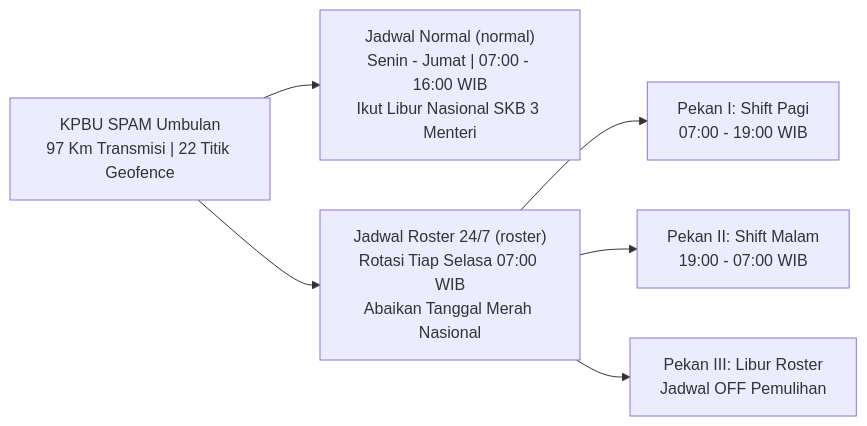
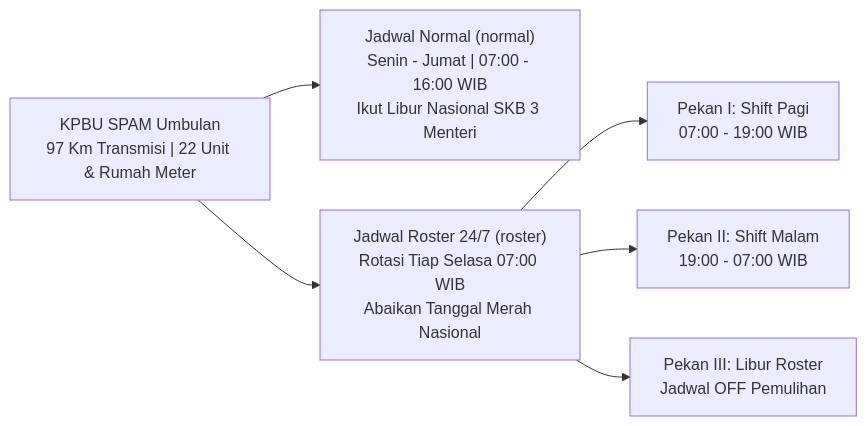
One commit to tumbaltok/Umbulan changed the first of 5 diagrams in README.md. Above: the diagram before and after it, drawn with Mermaid. The commit also changed other lines of this file and 76 other files, not shown here.

````diff
--- a/README.md
+++ b/README.md
@@ -109,9 +106,9 @@
 ```mermaid
 flowchart LR
-    SPAM["KPBU SPAM Umbulan\n97 Km Transmisi | 22 Titik Geofence"]
+    SPAM["KPBU SPAM Umbulan\n97 Km Transmisi | 22 Unit & Rumah Meter"]
     SPAM --> Normal["Jadwal Normal (normal)\nSenin - Jumat | 07:00 - 16:00 WIB\nIkut Libur Nasional SKB 3 Menteri"]
     SPAM --> Roster["Jadwal Roster 24/7 (roster)\nRotasi Tiap Selasa 07:00 WIB\nAbaikan Tanggal Merah Nasional"]
     Roster --> P1["Pekan I: Shift Pagi\n07:00 - 19:00 WIB"]
     Roster --> P2["Pekan II: Shift Malam\n19:00 - 07:00 WIB"]
     Roster --> P3["Pekan III: Libur Roster\nJadwal OFF Pemulihan"]
 ```
````
